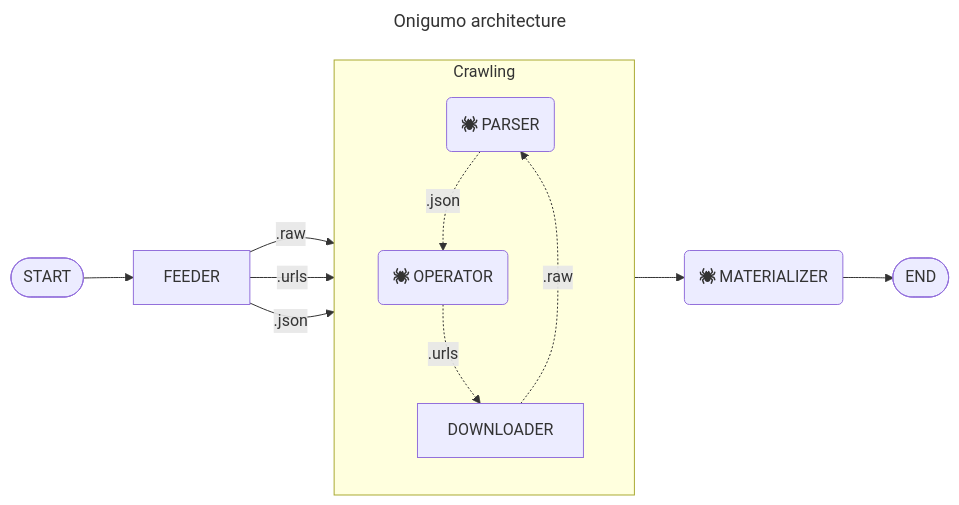
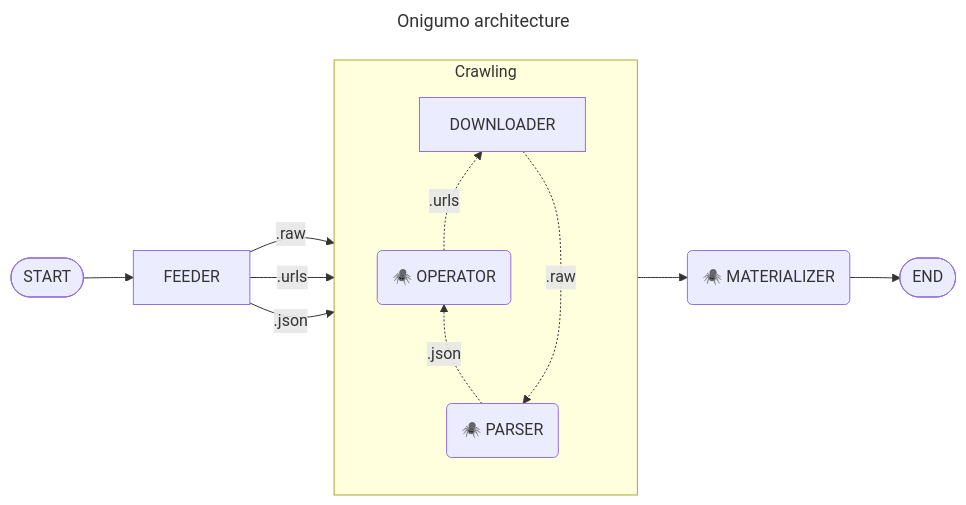
Before and after one commit to Glutexo/onigumo: the diagram in README.md, drawn with Mermaid.

Commit message:
Switch fa icon of spider to emoji

````diff
--- a/README.md
+++ b/README.md
@@ -17,22 +17,23 @@
 ```mermaid
 ---
 title: Onigumo architecture
 ---
 flowchart LR
     subgraph Crawling
-        spider_parser(fa:fa-spider PARSER)
-        spider_operator(fa:fa-spider OPERATOR)
+        direction BT
+        spider_parser(🕷️ PARSER)
+        spider_operator(🕷️ OPERATOR)
         onigumo_downloader[DOWNLOADER]
     end
 
     start([START])  --> onigumo_feeder[FEEDER]
     onigumo_feeder  -- .raw --> Crawling
     onigumo_feeder  -- .urls --> Crawling
     onigumo_feeder  -- .json --> Crawling
-    Crawling  --> spider_materializer(fa:fa-spider MATERIALIZER)
+    Crawling  --> spider_materializer(🕷️ MATERIALIZER)
     spider_materializer --> done([END])
 
     spider_operator     -. "<hash>.urls" .-> onigumo_downloader
     onigumo_downloader -. "<hash>.raw"  .->  spider_parser
     spider_parser     -. "<hash>.json" .->  spider_operator
 ```
````
